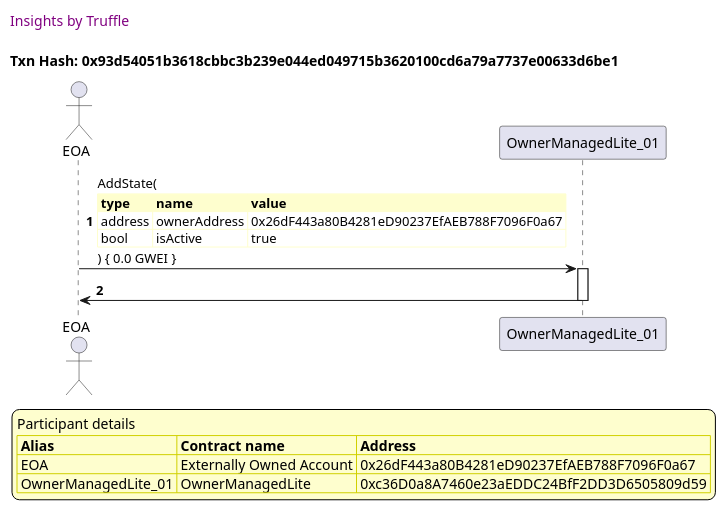
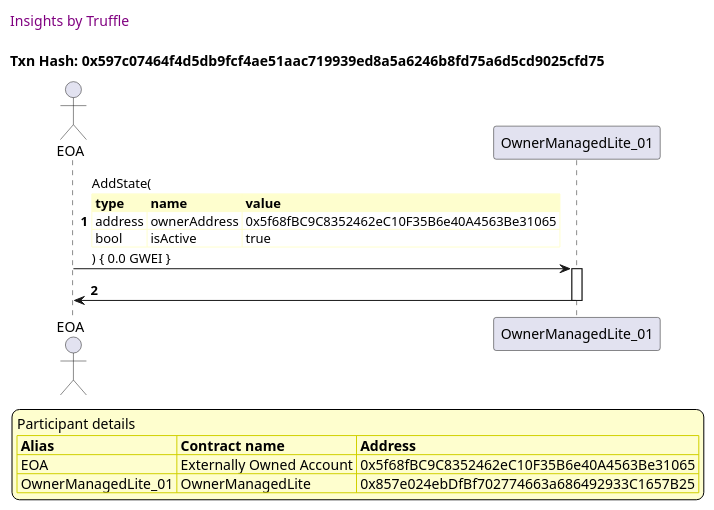
One commit to thedarkjester/ConsensysAssignment changed the eighth of 16 diagrams in truffle-seq/OwnerManagedLite_test_activate_deactivate_dapp.md. Above: the diagram before and after it, drawn with PlantUML. The commit also changed other lines of this file and 13 other files, not shown here.

````diff
--- a/truffle-seq/OwnerManagedLite_test_activate_deactivate_dapp.md
+++ b/truffle-seq/OwnerManagedLite_test_activate_deactivate_dapp.md
@@ -338,41 +338,41 @@
 ```plantuml
 
 
 @startuml
 
 autonumber
 skinparam legendBackgroundColor #FEFECE
 
 <style>
       header {
         HorizontalAlignment left
         FontColor purple
         FontSize 14
         Padding 10
       }
     </style>
 
 header Insights by Truffle
 
-title Txn Hash: 0x93d54051b3618cbbc3b239e044ed049715b3620100cd6a79a7737e00633d6be1
+title Txn Hash: 0x597c07464f4d5db9fcf4ae51aac719939ed8a5a6246b8fd75a6d5cd9025cfd75
 
 
 actor EOA as "EOA"
 participant OwnerManagedLite_01 as "OwnerManagedLite_01"
 
 "EOA" -> "OwnerManagedLite_01" ++: AddState(\n\
 <#FEFECE,#FEFECE>|= type |= name |= value |\n\
-| address | ownerAddress | 0x26dF443a80B4281eD90237EfAEB788F7096F0a67 |\n\
+| address | ownerAddress | 0x5f68fBC9C8352462eC10F35B6e40A4563Be31065 |\n\
 | bool | isActive | true |\n\
 ) { 0.0 GWEI }
 "OwnerManagedLite_01" -> "EOA" --: 
 
 legend
 Participant details
 <#FEFECE,#D0D000>|= Alias |= Contract name |= Address |
-<#FEFECE>| EOA | Externally Owned Account | 0x26dF443a80B4281eD90237EfAEB788F7096F0a67 |
-<#FEFECE>| OwnerManagedLite_01 | OwnerManagedLite | 0xc36D0a8A7460e23aEDDC24BfF2DD3D6505809d59 |
+<#FEFECE>| EOA | Externally Owned Account | 0x5f68fBC9C8352462eC10F35B6e40A4563Be31065 |
+<#FEFECE>| OwnerManagedLite_01 | OwnerManagedLite | 0x857e024ebDfBf702774663a686492933C1657B25 |
 endlegend
 
 @enduml
 ```
````
